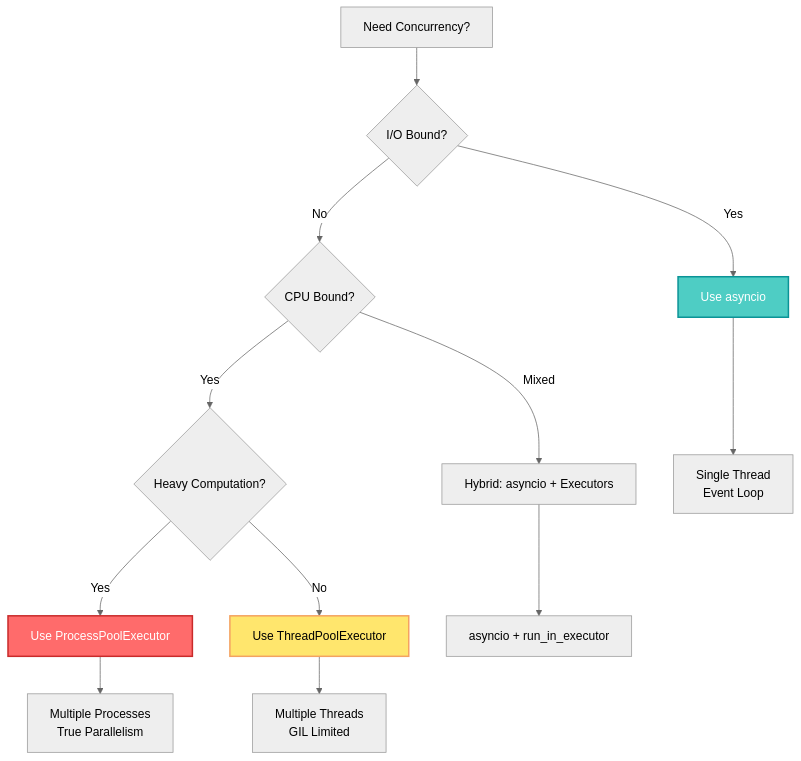
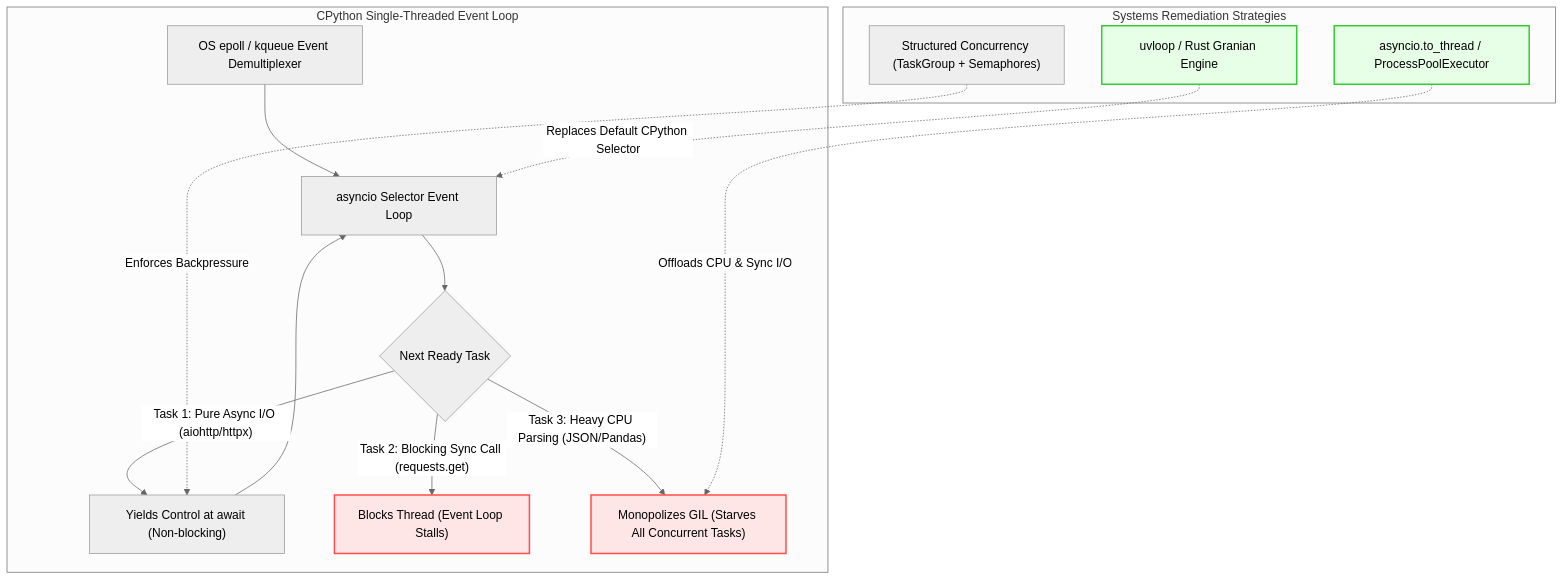
The first of 2 diagrams in _posts/2025/11/2025-11-17-async-code-performance-issues-solutions.md (akillness/akillness.github.io), drawn with Mermaid (neutral theme) before and after one commit. The commit also changed other lines of this file and 1 other file, not shown here.

Commit message:
archive(dev): rebuild async-code-performance-issues-solutions from 2025-11 note

````diff
--- a/_posts/2025/11/2025-11-17-async-code-performance-issues-solutions.md
+++ b/_posts/2025/11/2025-11-17-async-code-performance-issues-solutions.md
@@ -507,19 +21,22 @@
 ```mermaid
-graph TB
-    A[Need Concurrency?] --> B{I/O Bound?}
-    B -->|Yes| C[Use asyncio]
-    B -->|No| D{CPU Bound?}
-    D -->|Yes| E{Heavy Computation?}
-    E -->|Yes| F[Use ProcessPoolExecutor]
-    E -->|No| G[Use ThreadPoolExecutor]
-    D -->|Mixed| H[Hybrid: asyncio + Executors]
+flowchart TD
+    subgraph EventLoopMechanics["CPython Single-Threaded Event Loop"]
+        A["OS epoll / kqueue Event Demultiplexer"] --> B["asyncio Selector Event Loop"]
+        B --> C{"Next Ready Task"}
+        C -->|"Task 1: Pure Async I/O (aiohttp/httpx)"| D["Yields Control at await (Non-blocking)"]
+        D --> B
+        C -->|"Task 2: Blocking Sync Call (requests.get)"| E["Blocks Thread (Event Loop Stalls)"]
+        C -->|"Task 3: Heavy CPU Parsing (JSON/Pandas)"| F["Monopolizes GIL (Starves All Concurrent Tasks)"]
+    end
 
-    C --> I[Single Thread<br/>Event Loop]
-    F --> J[Multiple Processes<br/>True Parallelism]
-    G --> K[Multiple Threads<br/>GIL Limited]
-    H --> L[asyncio + run_in_executor]
+    subgraph ArchitecturalSolutions["Systems Remediation Strategies"]
+        G["asyncio.to_thread / ProcessPoolExecutor"] -.->|Offloads CPU & Sync I/O| F
+        H["uvloop / Rust Granian Engine"] -.->|Replaces Default CPython Selector| B
+        I["Structured Concurrency (TaskGroup + Semaphores)"] -.->|Enforces Backpressure| D
+    end
 
-    style C fill:#4ecdc4,stroke:#0a9396,stroke-width:2px,color:#fff
-    style F fill:#ff6b6b,stroke:#c92a2a,stroke-width:2px,color:#fff
-    style G fill:#ffe66d,stroke:#f4a261,stroke-width:2px,color:#000
+    style E fill:#ffe6e6,stroke:#ff4d4d,stroke-width:2px
+    style F fill:#ffe6e6,stroke:#ff4d4d,stroke-width:2px
+    style G fill:#e6ffe6,stroke:#33cc33,stroke-width:2px
+    style H fill:#e6ffe6,stroke:#33cc33,stroke-width:2px
 ```
````
